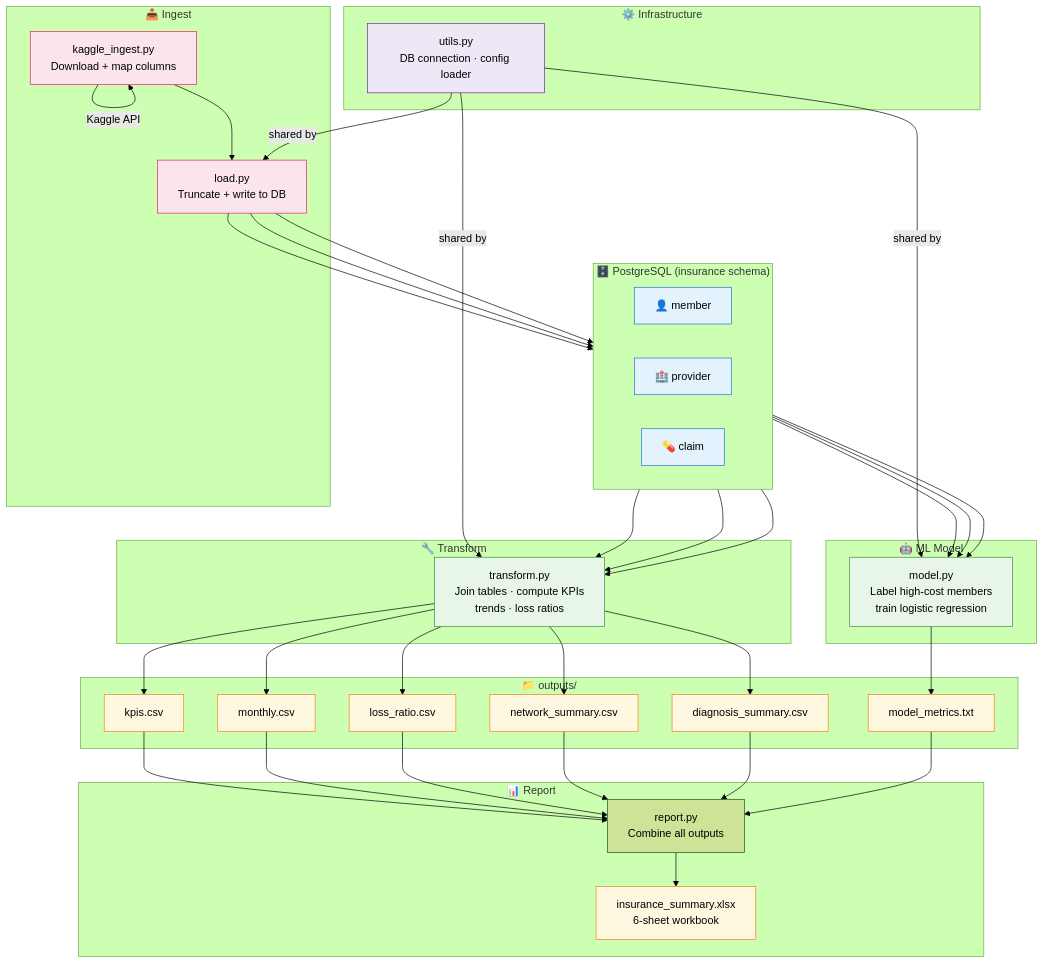
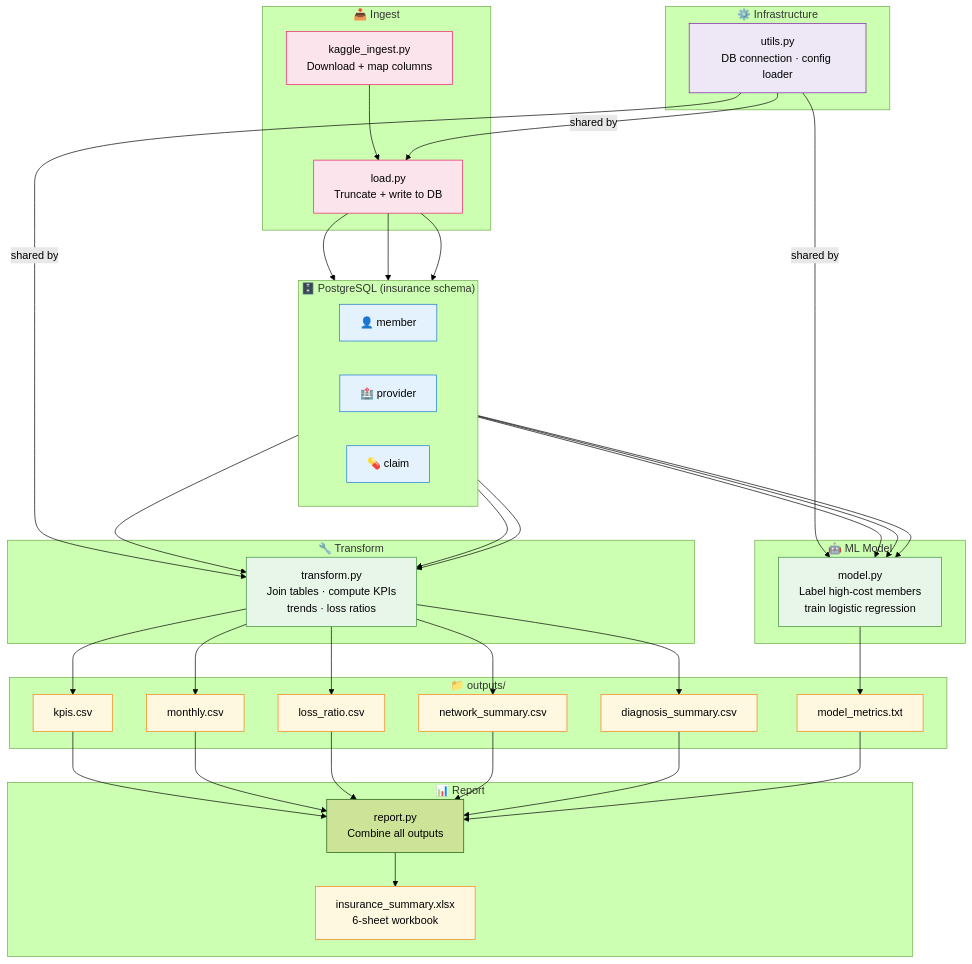
The diagram in docs/flow_diagram.md (sahithisarvepalli/insurance-analytics-project), drawn with Mermaid (forest theme) before and after one commit. The commit also changed 2 other files, not shown here.

Commit message:
docs: address code review feedback - fix mermaid self-loop, gitattributes, env hint
Agent-Logs-Url: https://github.com/sahithisarvepalli/insurance-analytics-project/sessions/b535c7bf-cbfa-49e6-9034-a2930ce73d24

````diff
--- a/docs/flow_diagram.md
+++ b/docs/flow_diagram.md
@@ -5,62 +5,61 @@
 ```mermaid
 flowchart TD
     classDef ingestion fill:#fce4ec,stroke:#e91e63,color:#000
     classDef storage   fill:#e3f2fd,stroke:#1976d2,color:#000
     classDef compute   fill:#e8f5e9,stroke:#388e3c,color:#000
     classDef output    fill:#fff8e1,stroke:#f57f17,color:#000
     classDef infra     fill:#ede7f6,stroke:#7b1fa2,color:#000
 
     subgraph Ingest["📥 Ingest"]
         KI["kaggle_ingest.py\nDownload + map columns"]
         LD["load.py\nTruncate + write to DB"]
         KI --> LD
     end
 
     subgraph DB["🗄️ PostgreSQL (insurance schema)"]
         direction LR
         M["👤 member"]
         P["🏥 provider"]
         C["💊 claim"]
     end
 
     subgraph Transform["🔧 Transform"]
         TR["transform.py\nJoin tables · compute KPIs\ntrends · loss ratios"]
     end
 
     subgraph Model["🤖 ML Model"]
         MO["model.py\nLabel high-cost members\ntrain logistic regression"]
     end
 
     subgraph Outputs["📁 outputs/"]
         CSV1["kpis.csv"]
         CSV2["monthly.csv"]
         CSV3["loss_ratio.csv"]
         CSV4["network_summary.csv"]
         CSV5["diagnosis_summary.csv"]
         TXT["model_metrics.txt"]
     end
 
     subgraph Report["📊 Report"]
         RP["report.py\nCombine all outputs"]
         XL["insurance_summary.xlsx\n6-sheet workbook"]
         RP --> XL
     end
 
     subgraph Infra["⚙️ Infrastructure"]
         UT["utils.py\nDB connection · config loader"]
     end
 
-    KI -->|"Kaggle API"| KI
     LD --> M & P & C
     UT -->|"shared by"| LD & TR & MO
     M & P & C --> TR & MO
     TR --> CSV1 & CSV2 & CSV3 & CSV4 & CSV5
     MO --> TXT
     CSV1 & CSV2 & CSV3 & CSV4 & CSV5 & TXT --> RP
 
     class KI,LD ingestion
     class M,P,C storage
     class TR,MO compute
     class CSV1,CSV2,CSV3,CSV4,CSV5,TXT,XL output
     class UT infra
 ```
````
